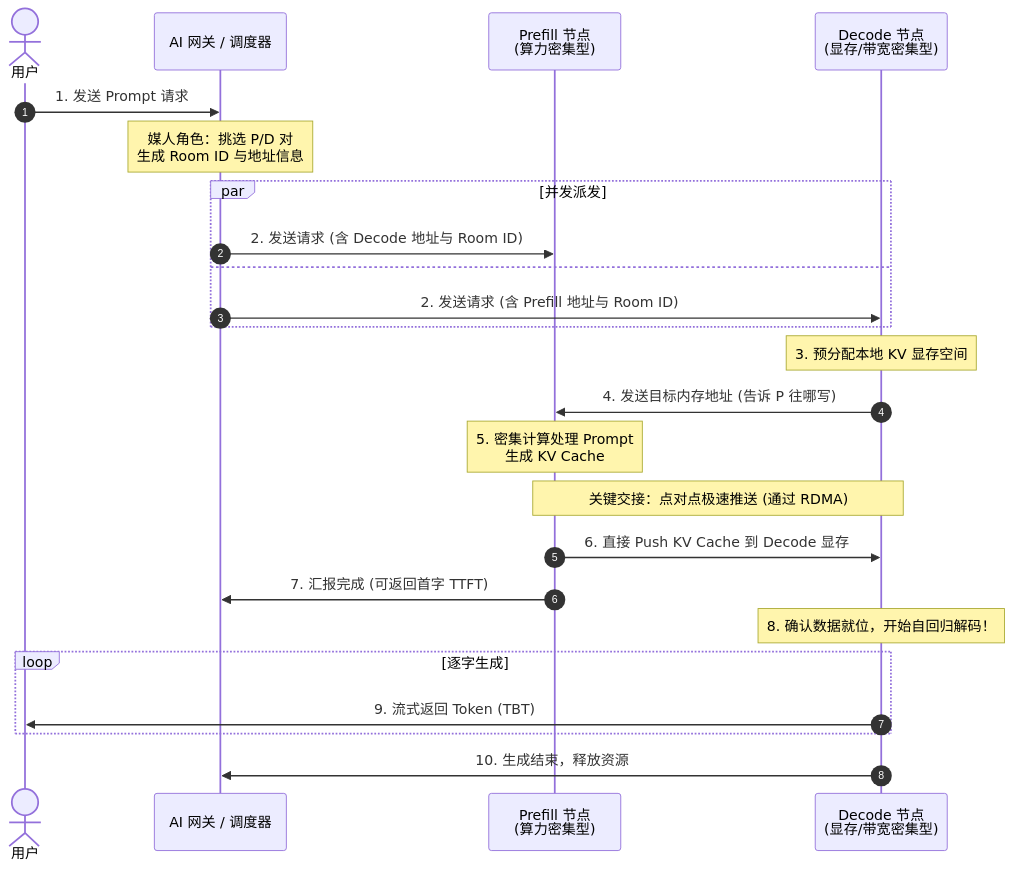
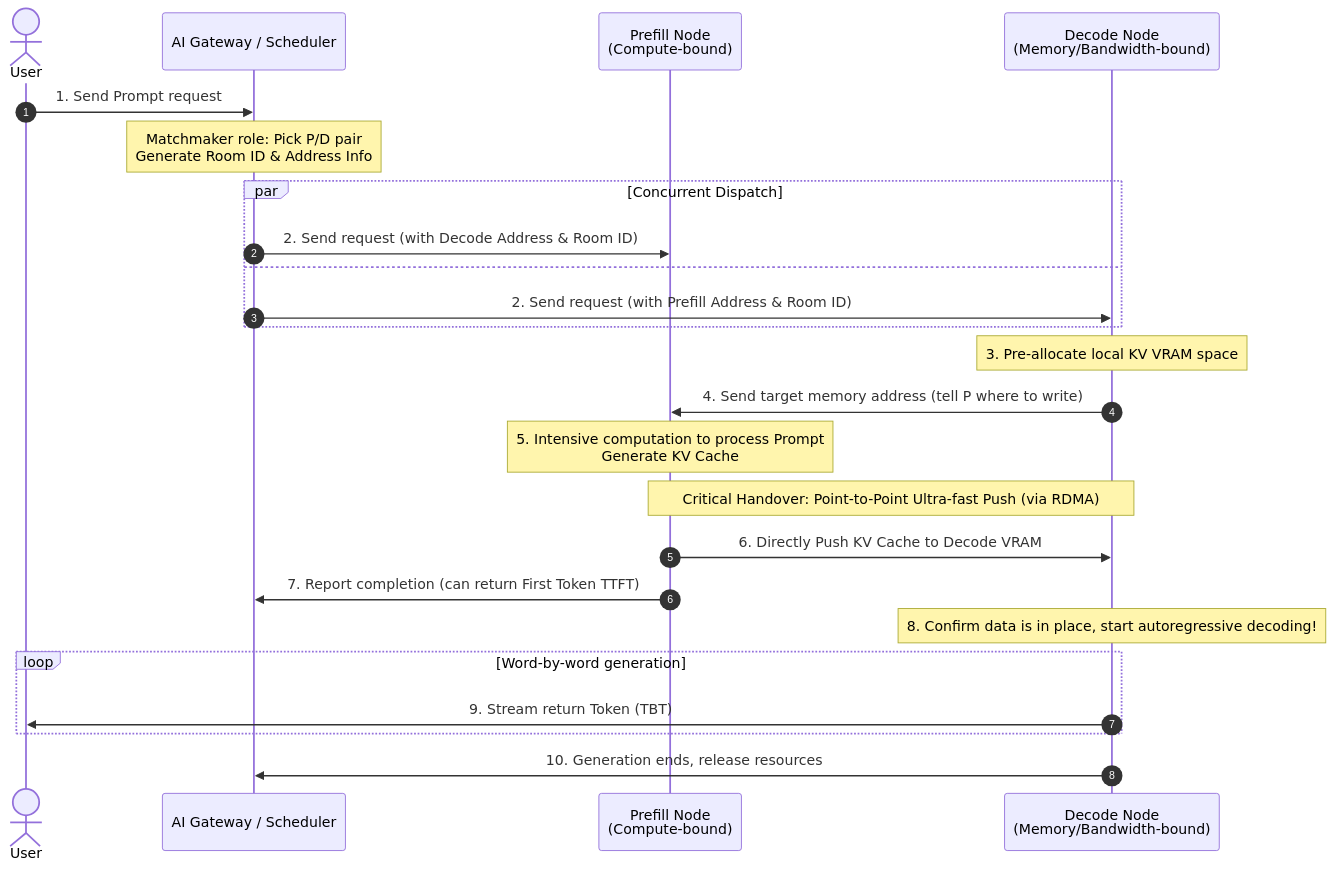
Before and after one commit to Random-Liu/llm-inference-principle-to-production: the diagram in parts/part4_distributed.md, drawn with Mermaid. The commit also changed other lines of this file and 14 other files, not shown here.

````diff
--- a/parts/part4_distributed.md
+++ b/parts/part4_distributed.md
@@ -248,33 +248,33 @@
 ```mermaid
 sequenceDiagram
     autonumber
-    actor User as 用户
-    participant Gateway as AI 网关 / 调度器
-    participant Prefill as Prefill 节点<br/>(算力密集型)
-    participant Decode as Decode 节点<br/>(显存/带宽密集型)
+    actor User as User
+    participant Gateway as AI Gateway / Scheduler
+    participant Prefill as Prefill Node<br/>(Compute-bound)
+    participant Decode as Decode Node<br/>(Memory/Bandwidth-bound)
 
-    User->>Gateway: 1. 发送 Prompt 请求
-    Note over Gateway: 媒人角色：挑选 P/D 对<br/>生成 Room ID 与地址信息
-    par 并发派发
-        Gateway->>Prefill: 2. 发送请求 (含 Decode 地址与 Room ID)
+    User->>Gateway: 1. Send Prompt request
+    Note over Gateway: Matchmaker role: Pick P/D pair<br/>Generate Room ID & Address Info
+    par Concurrent Dispatch
+        Gateway->>Prefill: 2. Send request (with Decode Address & Room ID)
     and
-        Gateway->>Decode: 2. 发送请求 (含 Prefill 地址与 Room ID)
+        Gateway->>Decode: 2. Send request (with Prefill Address & Room ID)
     end
     
-    Note over Decode: 3. 预分配本地 KV 显存空间
-    Decode->>Prefill: 4. 发送目标内存地址 (告诉 P 往哪写)
+    Note over Decode: 3. Pre-allocate local KV VRAM space
+    Decode->>Prefill: 4. Send target memory address (tell P where to write)
     
-    Note over Prefill: 5. 密集计算处理 Prompt<br/>生成 KV Cache
+    Note over Prefill: 5. Intensive computation to process Prompt<br/>Generate KV Cache
     
-    Note over Prefill, Decode: 关键交接：点对点极速推送 (通过 RDMA)
-    Prefill->>Decode: 6. 直接 Push KV Cache 到 Decode 显存
+    Note over Prefill, Decode: Critical Handover: Point-to-Point Ultra-fast Push (via RDMA)
+    Prefill->>Decode: 6. Directly Push KV Cache to Decode VRAM
     
-    Prefill->>Gateway: 7. 汇报完成 (可返回首字 TTFT)
+    Prefill->>Gateway: 7. Report completion (can return First Token TTFT)
     
-    Note over Decode: 8. 确认数据就位，开始自回归解码！
+    Note over Decode: 8. Confirm data is in place, start autoregressive decoding!
     
-    loop 逐字生成
-        Decode->>User: 9. 流式返回 Token (TBT)
+    loop Word-by-word generation
+        Decode->>User: 9. Stream return Token (TBT)
     end
-    Decode->>Gateway: 10. 生成结束，释放资源
+    Decode->>Gateway: 10. Generation ends, release resources
 ```
````
